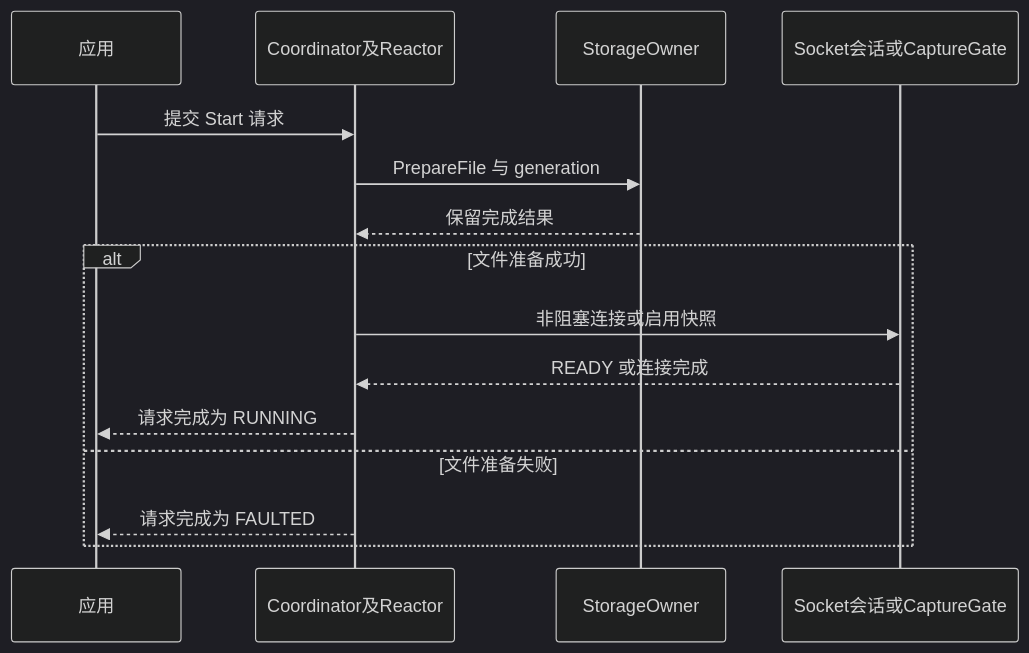
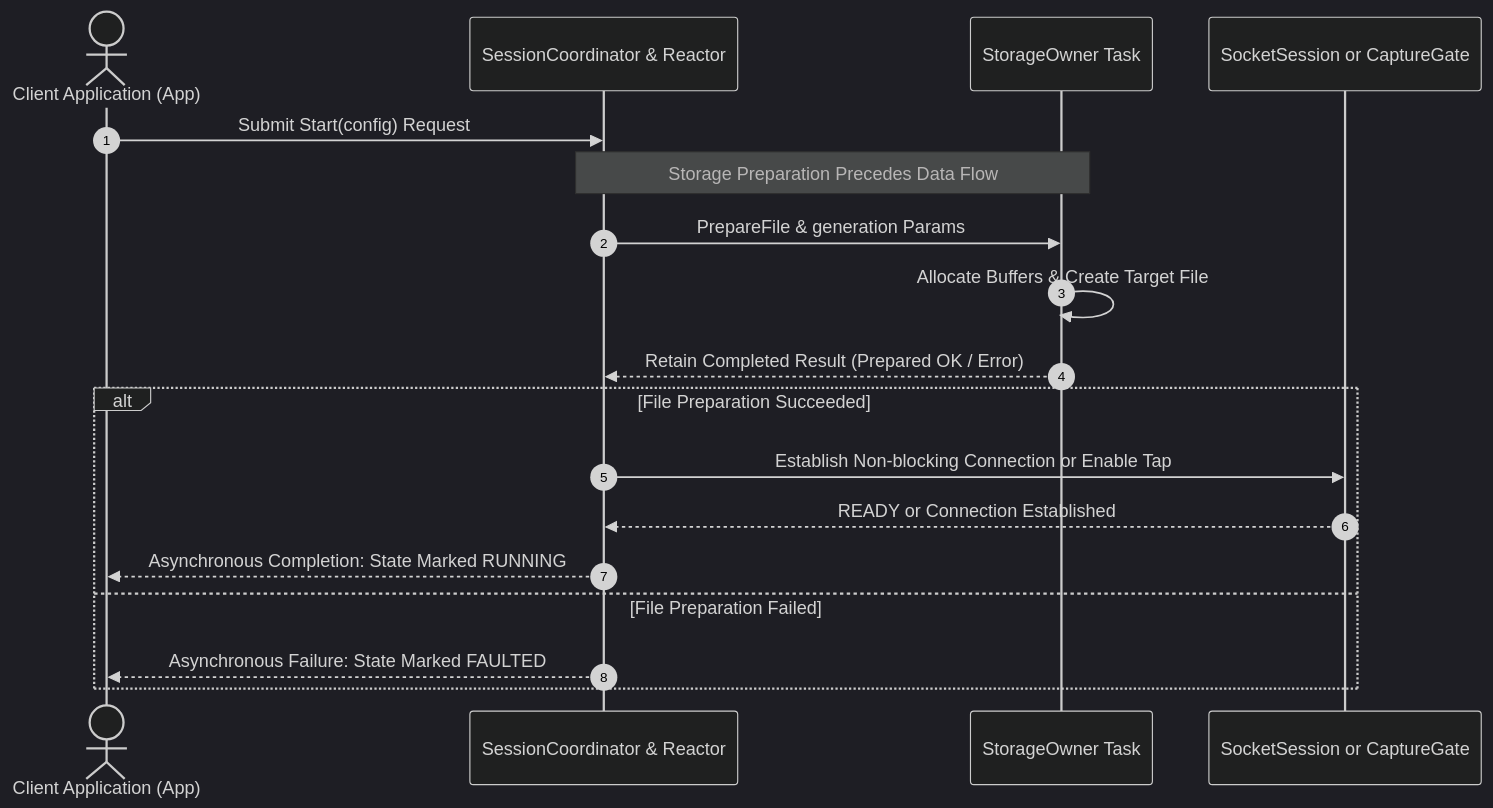
Before and after one commit to luckyJimLu/system-design-notes: diagram 11 of 12 in embedded-systems/modemlog/03-modem-complete-mermaid-flows.en.md, drawn with Mermaid (dark theme). The commit also changed other lines of this file and 19 other files, not shown here.

First line of the commit message:
docs: update modem flows and system documentation

````diff
--- a/embedded-systems/modemlog/03-modem-complete-mermaid-flows.en.md
+++ b/embedded-systems/modemlog/03-modem-complete-mermaid-flows.en.md
@@ -210,17 +362,22 @@
 ```mermaid
 sequenceDiagram
-    participant app as 应用
-    participant ctl as Coordinator及Reactor
-    participant disk as StorageOwner
-    participant source as Socket会话或CaptureGate
-    app->>ctl: 提交 Start 请求
-    ctl->>disk: PrepareFile 与 generation
-    disk-->>ctl: 保留完成结果
-    alt 文件准备成功
-        ctl->>source: 非阻塞连接或启用快照
-        source-->>ctl: READY 或连接完成
-        ctl-->>app: 请求完成为 RUNNING
-    else 文件准备失败
-        ctl-->>app: 请求完成为 FAULTED
+    autonumber
+    actor App as Client Application (App)
+    participant Ctl as SessionCoordinator & Reactor
+    participant Disk as StorageOwner Task
+    participant Source as SocketSession or CaptureGate
+
+    App->>Ctl: Submit Start(config) Request
+    Note over Ctl,Disk: Storage Preparation Precedes Data Flow
+    Ctl->>Disk: PrepareFile & generation Params
+    Disk->>Disk: Allocate Buffers & Create Target File
+    Disk-->>Ctl: Retain Completed Result (Prepared OK / Error)
+
+    alt File Preparation Succeeded
+        Ctl->>Source: Establish Non-blocking Connection or Enable Tap
+        Source-->>Ctl: READY or Connection Established
+        Ctl-->>App: Asynchronous Completion: State Marked RUNNING
+    else File Preparation Failed
+        Ctl-->>App: Asynchronous Failure: State Marked FAULTED
     end
 ```
````
